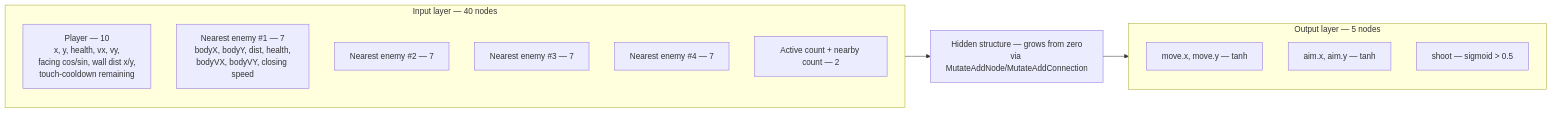
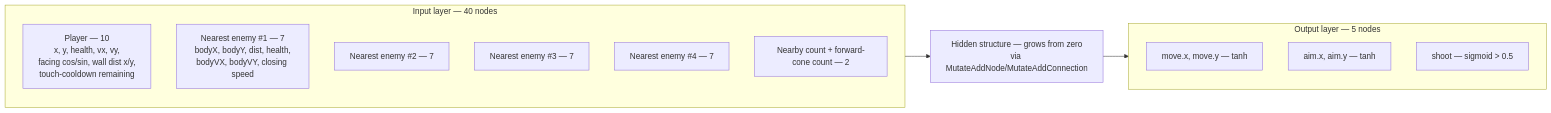
The first of 2 diagrams in ARCHITECTURE.md (nikhilCad/shooter-neuroevolution), drawn with Mermaid before and after one commit. The commit also changed other lines of this file and 17 other files, not shown here.

````diff
--- a/ARCHITECTURE.md
+++ b/ARCHITECTURE.md
@@ -59,21 +59,21 @@
 ```mermaid
 flowchart LR
     subgraph Inputs["Input layer — 40 nodes"]
         direction TB
         P["Player — 10<br/>x, y, health, vx, vy,<br/>facing cos/sin, wall dist x/y,<br/>touch-cooldown remaining"]
         E0["Nearest enemy #1 — 7<br/>bodyX, bodyY, dist, health,<br/>bodyVX, bodyVY, closing speed"]
         E1["Nearest enemy #2 — 7"]
         E2["Nearest enemy #3 — 7"]
         E3["Nearest enemy #4 — 7"]
-        C["Active count + nearby count — 2"]
+        C["Nearby count + forward-cone count — 2"]
     end
     Inputs --> G["Hidden structure — grows from zero<br/>via MutateAddNode/MutateAddConnection"]
     G --> Outputs
 
     subgraph Outputs["Output layer — 5 nodes"]
         direction TB
         M["move.x, move.y — tanh"]
         A["aim.x, aim.y — tanh"]
         S["shoot — sigmoid > 0.5"]
     end
 ```
````
